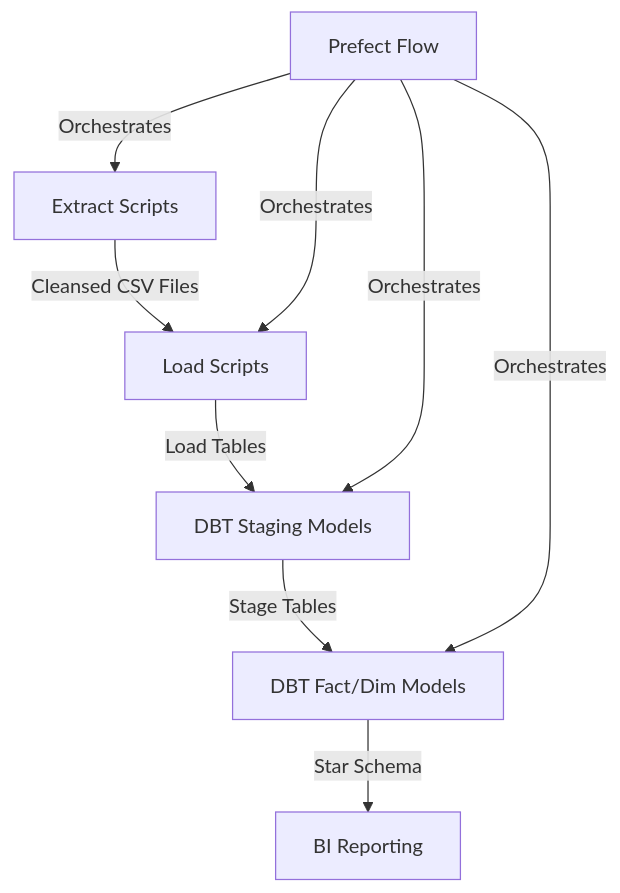
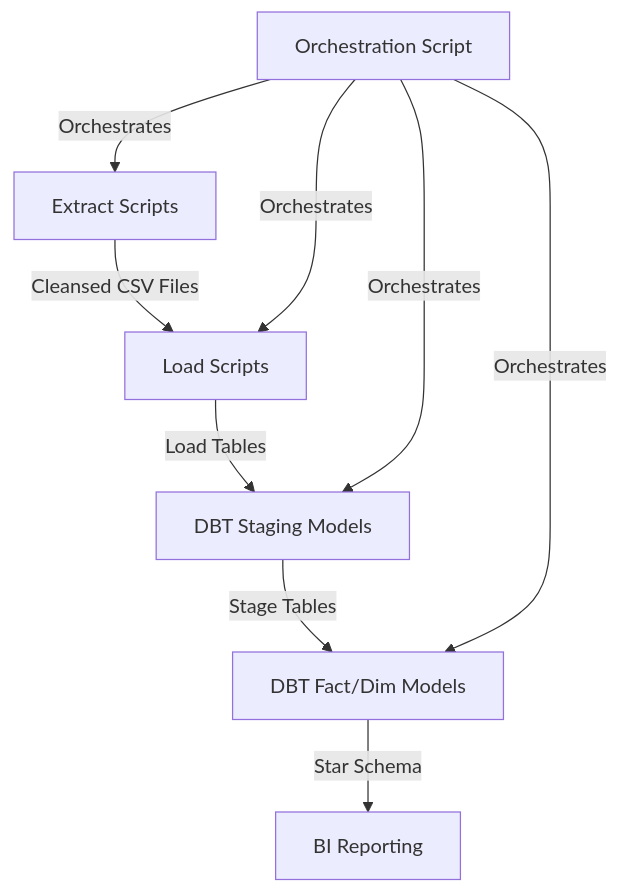
Before and after one commit to mart-123/data_thru: the diagram in docs/architecture.md, drawn with Mermaid. The commit also changed other lines of this file and 4 other files, not shown here.

````diff
--- a/docs/architecture.md
+++ b/docs/architecture.md
@@ -7,11 +8,11 @@
 ```mermaid
 graph TD
     A[Extract Scripts] -->|Cleansed CSV Files| B[Load Scripts]
     B -->|Load Tables| C[DBT Staging Models]
     C -->|Stage Tables| D[DBT Fact/Dim Models]
     D -->|Star Schema| E[BI Reporting]
-    G[Prefect Flow] -->|Orchestrates| A
+    G[Orchestration Script] -->|Orchestrates| A
     G -->|Orchestrates| B
     G -->|Orchestrates| C
     G -->|Orchestrates| D
 ```
````
